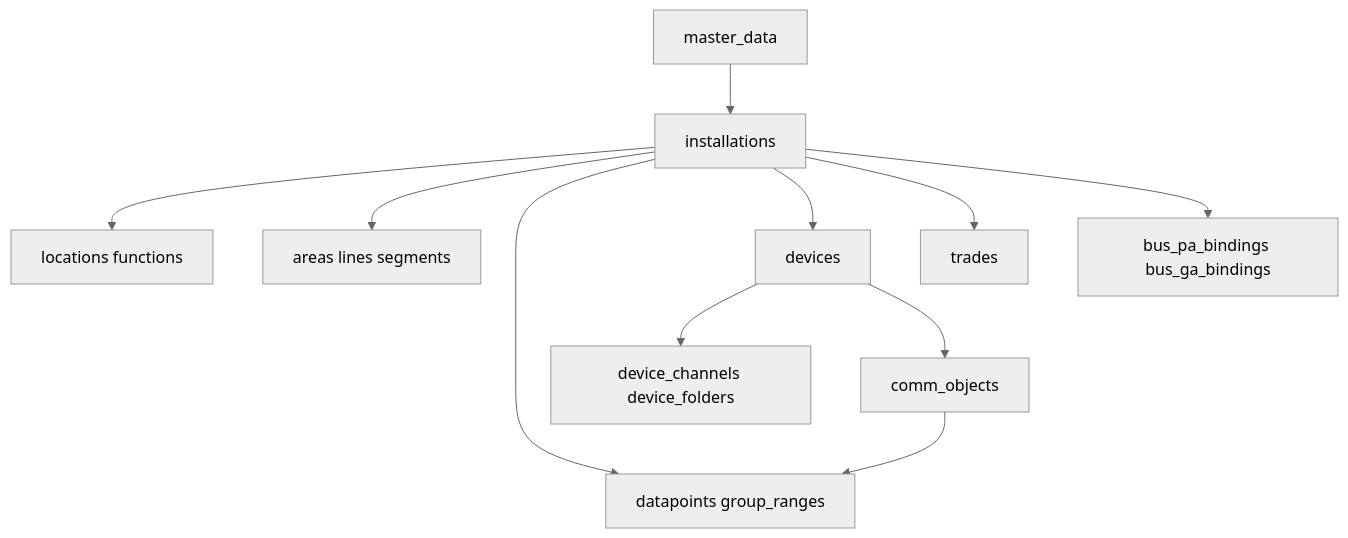
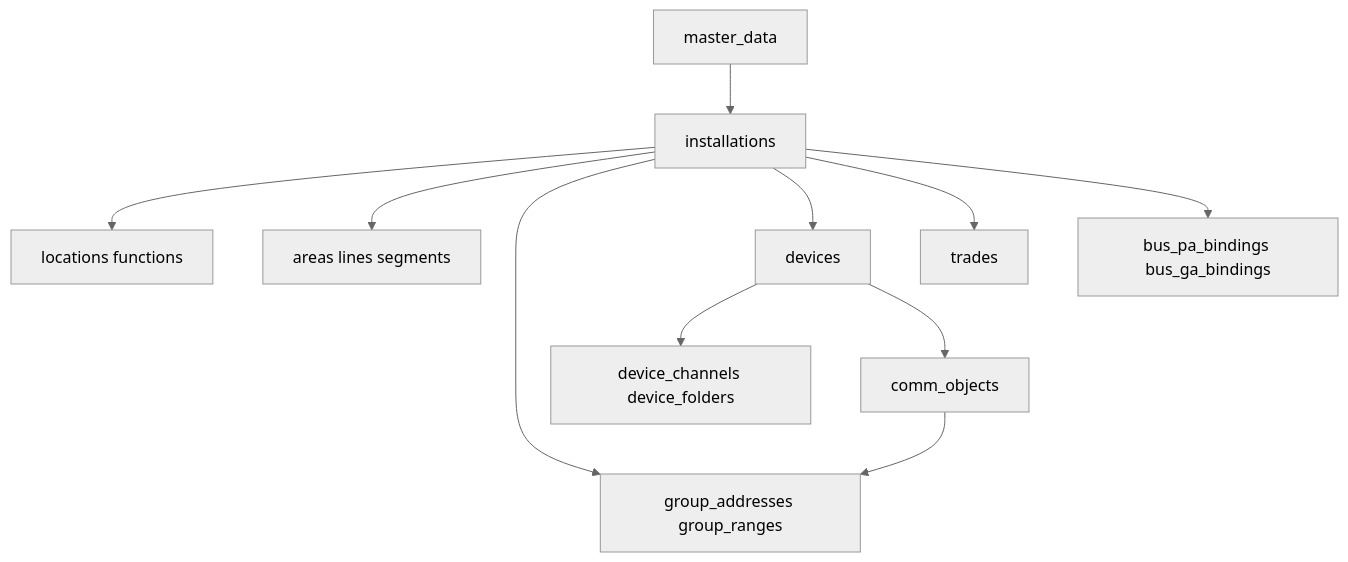
The diagram in .cursor/plans/kss-modellierung.md (devTabSel/KSS), drawn with Mermaid (neutral theme) before and after one commit. The commit also changed other lines of this file and 10 other files, not shown here.

Commit message:
Rename instance datapoint tables to group addresses so ETS GAs stay distinct from 3API datapoints.

````diff
--- a/.cursor/plans/kss-modellierung.md
+++ b/.cursor/plans/kss-modellierung.md
@@ -19,23 +19,23 @@
 ```mermaid
 flowchart TB
   snap["master_data"]
   inst["installations"]
   loc["locations functions"]
   topo["areas lines segments"]
-  dp["datapoints group_ranges"]
+  ga["group_addresses group_ranges"]
   dev["devices"]
   ch["device_channels device_folders"]
   co["comm_objects"]
   tr["trades"]
   bus["bus_pa_bindings bus_ga_bindings"]
   snap --> inst
   inst --> loc
   inst --> topo
-  inst --> dp
+  inst --> ga
   inst --> dev
   inst --> tr
   inst --> bus
   dev --> ch
   dev --> co
-  co --> dp
+  co --> ga
 ```
````
